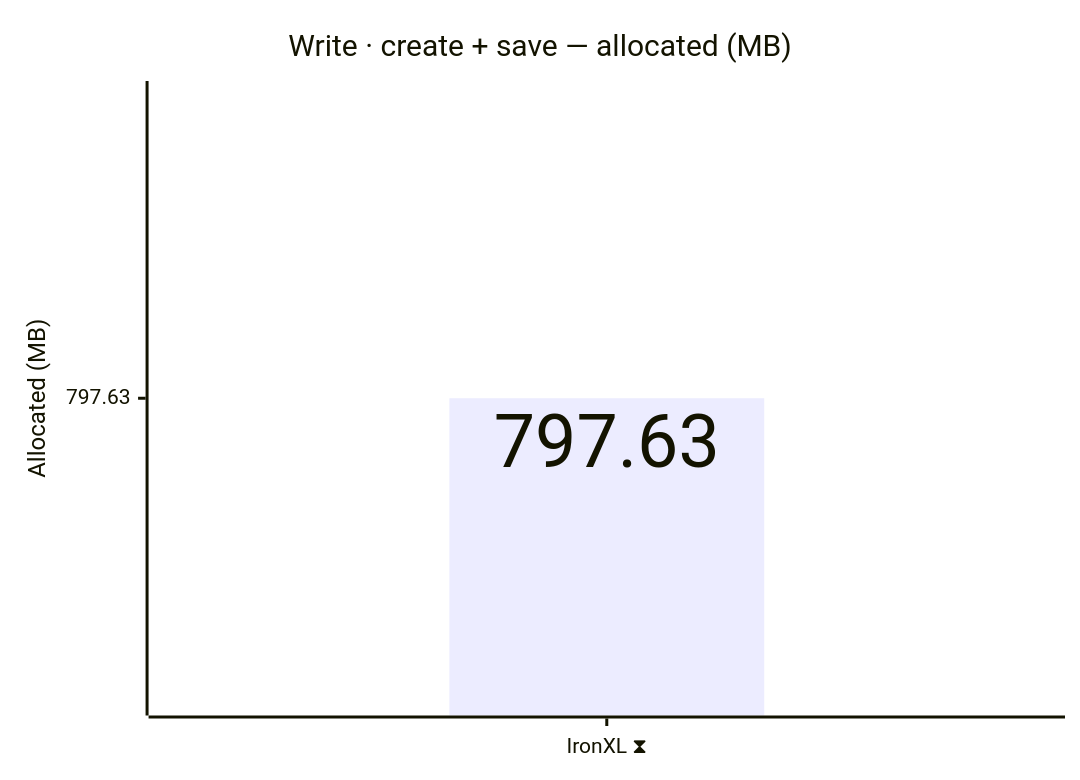
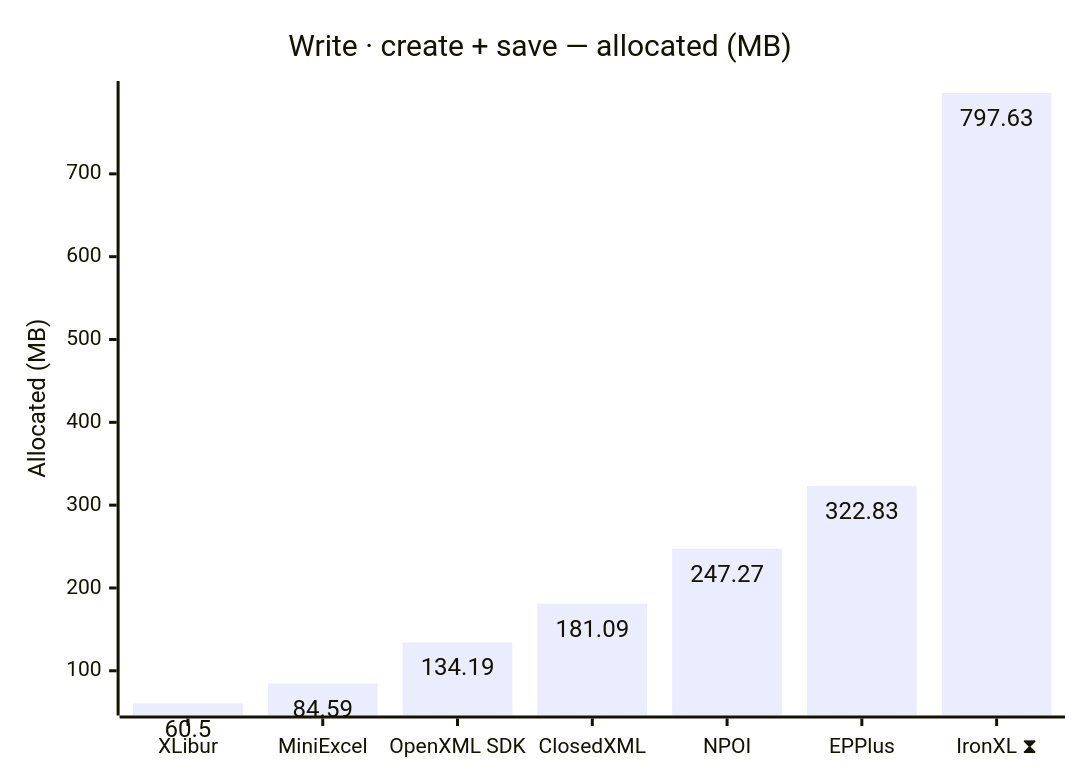
Before and after one commit to jafin/XLBench: the sixth of 12 diagrams in docs/results.md, drawn with Mermaid. The commit also changed other lines of this file and 1 other file, not shown here.

````diff
--- a/docs/results.md
+++ b/docs/results.md
@@ -104,12 +104,12 @@
 ```mermaid
 ---
 config:
   xyChart:
     showDataLabel: true
 ---
 xychart-beta
     title "Write · create + save — allocated (MB)"
-    x-axis ["IronXL ⧗"]
+    x-axis ["XLibur", "MiniExcel", "OpenXML SDK", "ClosedXML", "NPOI", "EPPlus", "IronXL ⧗"]
     y-axis "Allocated (MB)"
-    bar [797.63]
+    bar [60.5, 84.59, 134.19, 181.09, 247.27, 322.83, 797.63]
 ```
````
